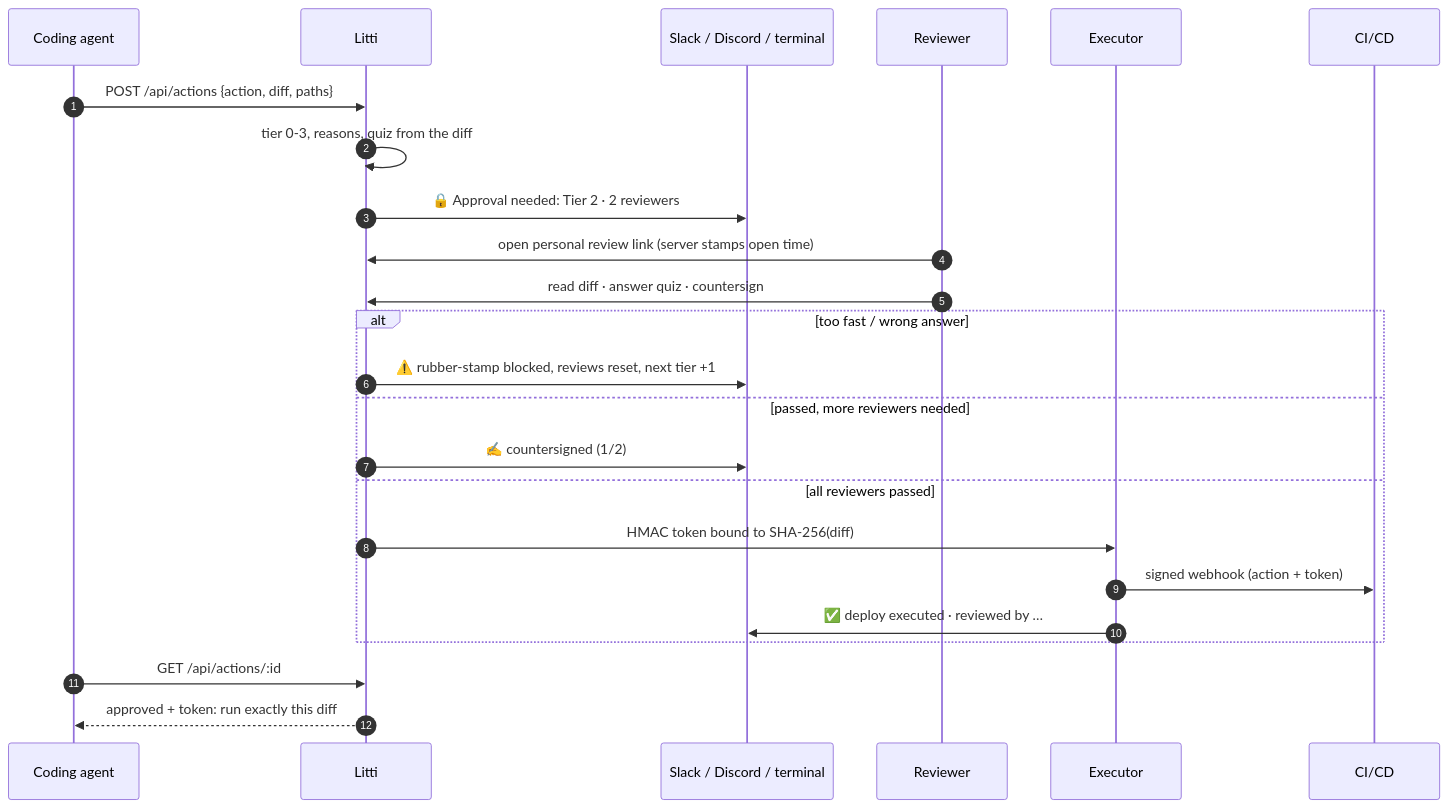
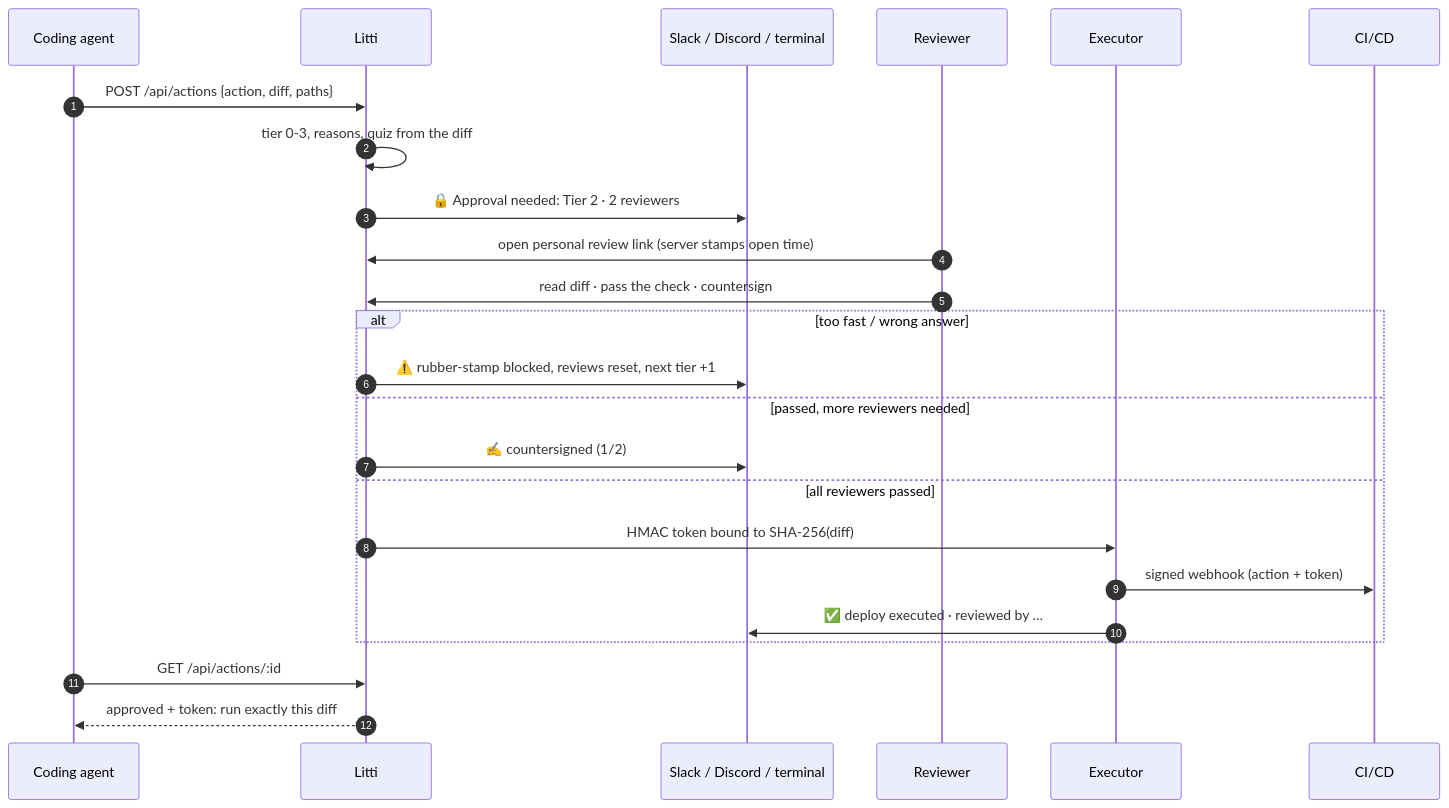
Before and after one commit to Abhishek764/litti: the diagram in README.md, drawn with Mermaid. The commit also changed other lines of this file and 11 other files, not shown here.

````diff
--- a/README.md
+++ b/README.md
@@ -36,27 +36,27 @@
 ```mermaid
 sequenceDiagram
     autonumber
     participant A as Coding agent
     participant L as Litti
     participant N as Slack / Discord / terminal
     participant R as Reviewer
     participant X as Executor
     participant C as CI/CD
 
     A->>L: POST /api/actions {action, diff, paths}
     L->>L: tier 0-3, reasons, quiz from the diff
     L->>N: 🔒 Approval needed: Tier 2 · 2 reviewers
     R->>L: open personal review link (server stamps open time)
-    R->>L: read diff · answer quiz · countersign
+    R->>L: read diff · pass the check · countersign
     alt too fast / wrong answer
         L->>N: ⚠️ rubber-stamp blocked, reviews reset, next tier +1
     else passed, more reviewers needed
         L->>N: ✍️ countersigned (1/2)
     else all reviewers passed
         L->>X: HMAC token bound to SHA-256(diff)
         X->>C: signed webhook (action + token)
         X->>N: ✅ deploy executed · reviewed by …
     end
     A->>L: GET /api/actions/:id
     L-->>A: approved + token: run exactly this diff
 ```
````
